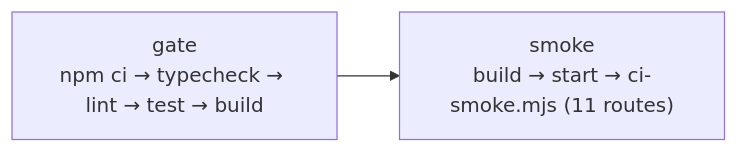
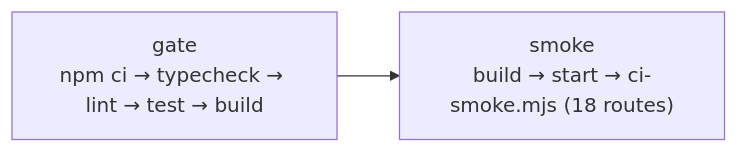
One commit to lions-admin/lions-of-zion changed the diagram in docs/operations.md. Above: the diagram before and after it, drawn with Mermaid. The commit also changed other lines of this file and 6 other files, not shown here.

````diff
--- a/docs/operations.md
+++ b/docs/operations.md
@@ -124,4 +147,4 @@
 ```mermaid
 flowchart LR
-    G["gate<br/>npm ci → typecheck → lint → test → build"] --> S["smoke<br/>build → start → ci-smoke.mjs (11 routes)"]
+    G["gate<br/>npm ci → typecheck → lint → test → build"] --> S["smoke<br/>build → start → ci-smoke.mjs (18 routes)"]
 ```
````
